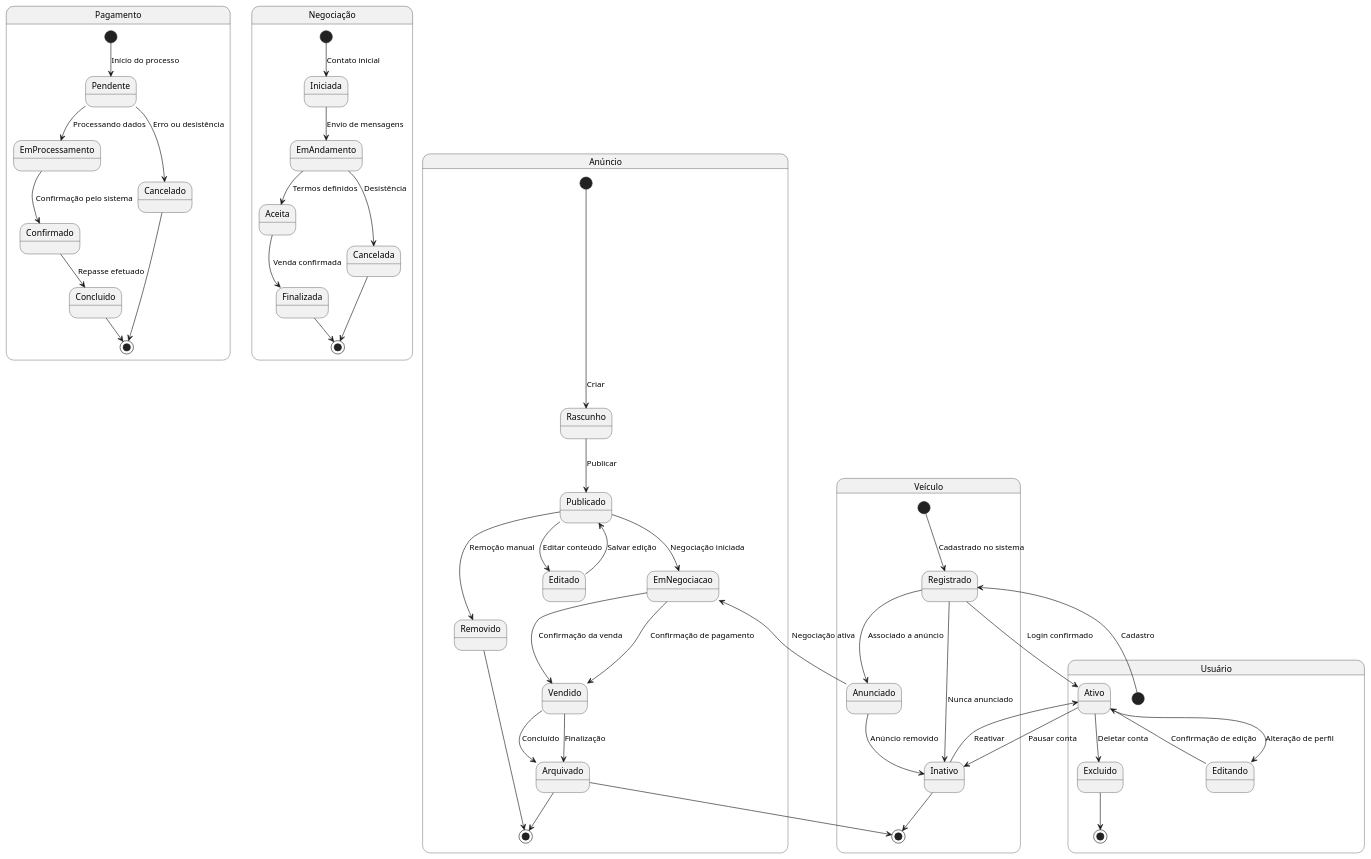
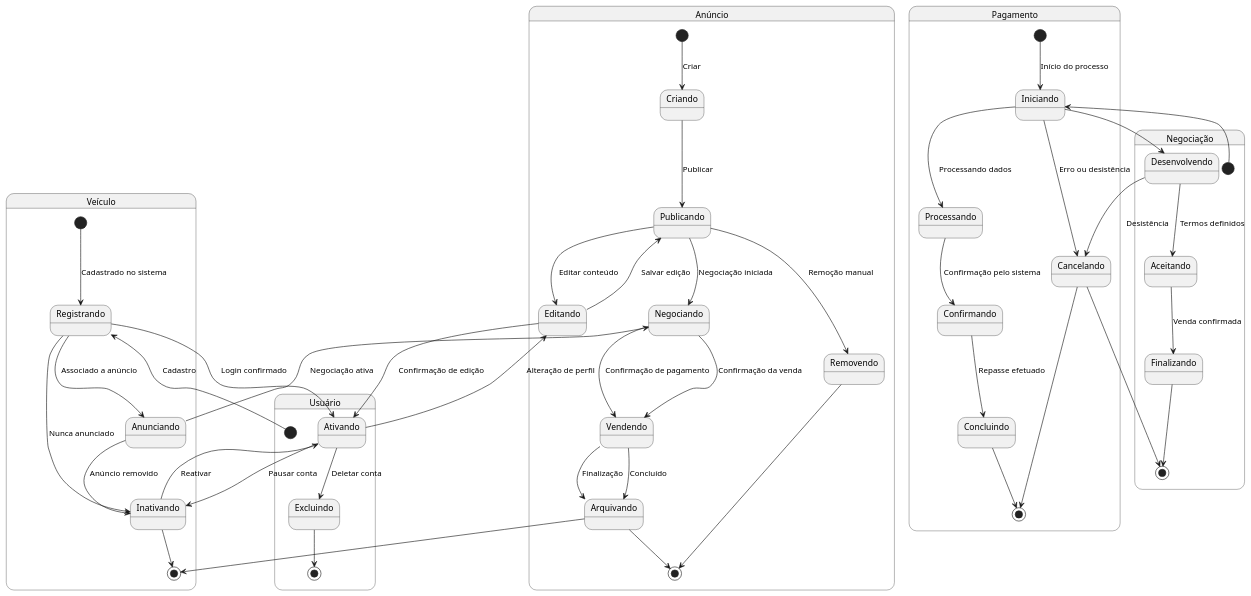
Before and after one commit to guilhermeoliveirateo/sistema-compra-venda-veiculos: the diagram in diagrama_transicao_estado.md, drawn with PlantUML.

````diff
--- a/diagrama_transicao_estado.md
+++ b/diagrama_transicao_estado.md
@@ -10,64 +10,64 @@
 ```plantuml
 @startuml
 
 state "Anúncio" as Anuncio {
-  [*] --> Rascunho : Criar
-  Rascunho --> Publicado : Publicar
-  Publicado --> EmNegociacao : Negociação iniciada
-  EmNegociacao --> Vendido : Confirmação de pagamento
-  Vendido --> Arquivado : Finalização
-  Arquivado --> [*]
+  [*] --> Criando : Criar
+  Criando --> Publicando : Publicar
+  Publicando --> Negociando : Negociação iniciada
+  Negociando --> Vendendo : Confirmação de pagamento
+  Vendendo --> Arquivando : Finalização
+  Arquivando --> [*]
 
-  Publicado --> Editado : Editar conteúdo
-  Editado --> Publicado : Salvar edição
-  Publicado --> Removido : Remoção manual
-  Removido --> [*]
+  Publicando --> Editando : Editar conteúdo
+  Editando --> Publicando : Salvar edição
+  Publicando --> Removendo : Remoção manual
+  Removendo --> [*]
 }
 
 state "Veículo" as Veiculo {
-  [*] --> Registrado : Cadastrado no sistema
-  Registrado --> Anunciado : Associado a anúncio
-  Anunciado --> EmNegociacao : Negociação ativa
-  EmNegociacao --> Vendido : Confirmação da venda
-  Vendido --> Arquivado : Concluído
-  Arquivado --> [*]
+  [*] --> Registrando : Cadastrado no sistema
+  Registrando --> Anunciando : Associado a anúncio
+  Anunciando --> Negociando : Negociação ativa
+  Negociando --> Vendendo : Confirmação da venda
+  Vendendo --> Arquivando : Concluído
+  Arquivando --> [*]
 
-  Registrado --> Inativo : Nunca anunciado
-  Inativo --> [*]
-  Anunciado --> Inativo : Anúncio removido
+  Registrando --> Inativando : Nunca anunciado
+  Inativando --> [*]
+  Anunciando --> Inativando : Anúncio removido
 }
 
 state "Usuário" as Usuario {
-  [*] --> Registrado : Cadastro
-  Registrado --> Ativo : Login confirmado
-  Ativo --> Editando : Alteração de perfil
-  Editando --> Ativo : Confirmação de edição
-  Ativo --> Inativo : Pausar conta
-  Inativo --> Ativo : Reativar
-  Ativo --> Excluido : Deletar conta
-  Excluido --> [*]
+  [*] --> Registrando : Cadastro
+  Registrando --> Ativando : Login confirmado
+  Ativando --> Editando : Alteração de perfil
+  Editando --> Ativando : Confirmação de edição
+  Ativando --> Inativando : Pausar conta
+  Inativando --> Ativando : Reativar
+  Ativando --> Excluindo : Deletar conta
+  Excluindo --> [*]
 }
 
 state "Pagamento" as Pagamento {
-  [*] --> Pendente : Início do processo
-  Pendente --> EmProcessamento : Processando dados
-  EmProcessamento --> Confirmado : Confirmação pelo sistema
-  Confirmado --> Concluido : Repasse efetuado
-  Concluido --> [*]
+  [*] --> Iniciando : Início do processo
+  Iniciando --> Processando : Processando dados
+  Processando --> Confirmando : Confirmação pelo sistema
+  Confirmando --> Concluindo : Repasse efetuado
+  Concluindo --> [*]
 
-  Pendente --> Cancelado : Erro ou desistência
-  Cancelado --> [*]
+  Iniciando --> Cancelando : Erro ou desistência
+  Cancelando --> [*]
 }
 
 state "Negociação" as Negociacao {
-  [*] --> Iniciada : Contato inicial
-  Iniciada --> EmAndamento : Envio de mensagens
-  EmAndamento --> Aceita : Termos definidos
-  Aceita --> Finalizada : Venda confirmada
-  Finalizada --> [*]
+  [*] --> Iniciando : Contato inicial
+  Iniciando --> Desenvolvendo : Envio de mensagens
+  Desenvolvendo --> Aceitando : Termos definidos
+  Aceitando --> Finalizando : Venda confirmada
+  Finalizando --> [*]
 
-  EmAndamento --> Cancelada : Desistência
-  Cancelada --> [*]
+  Desenvolvendo --> Cancelando : Desistência
+  Cancelando --> [*]
 }
 @enduml
 ```
````
